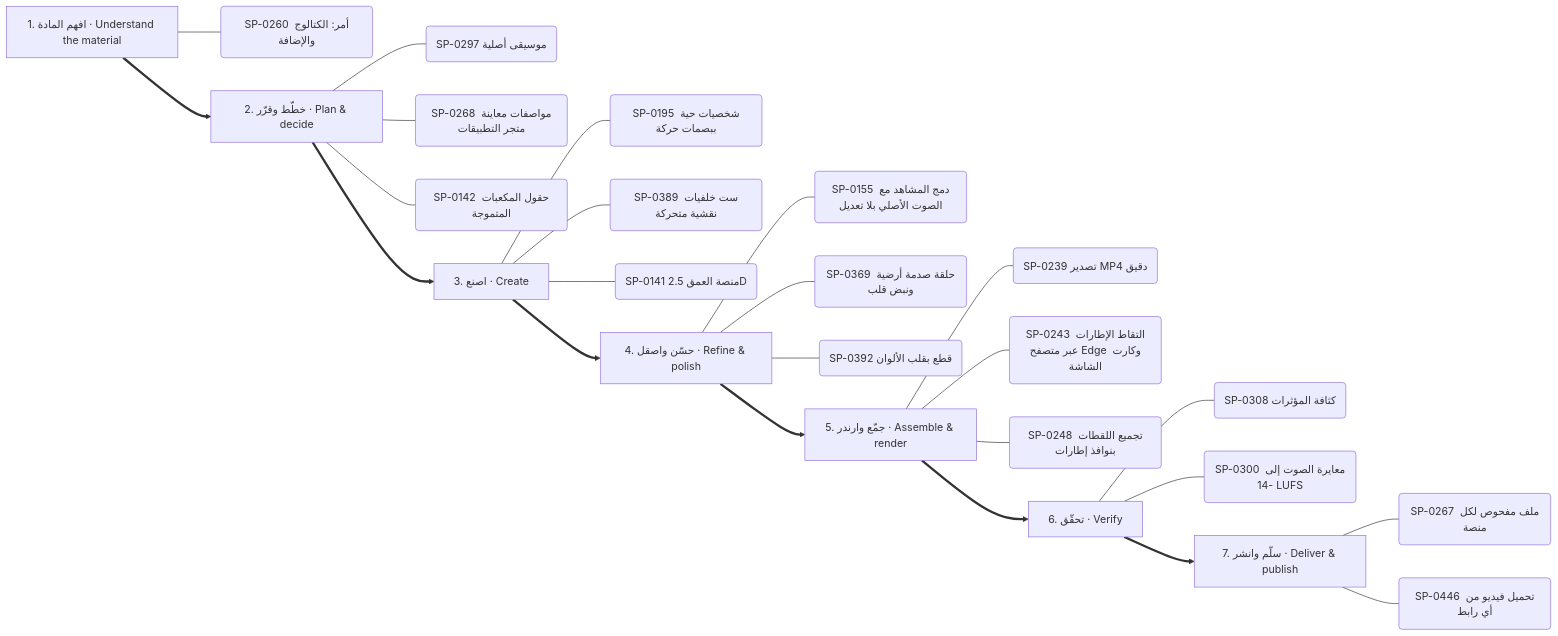
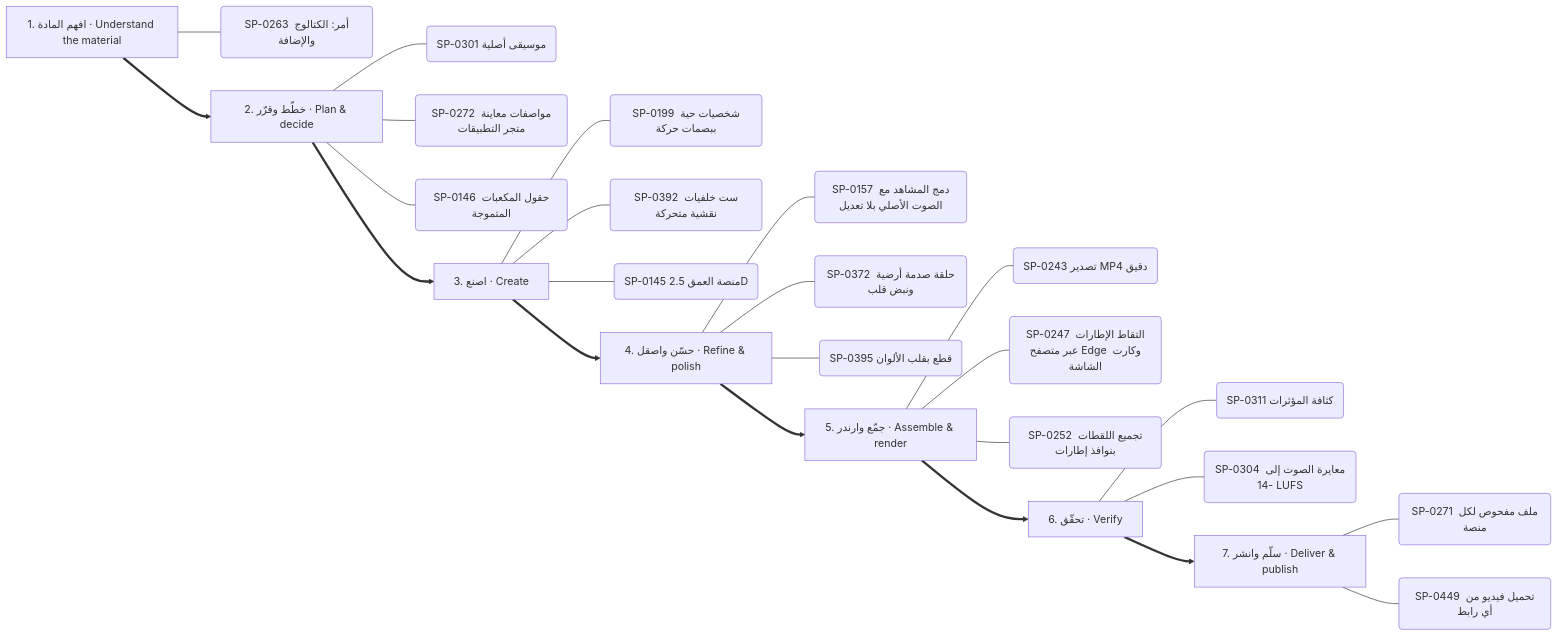
Before and after one commit to kosif199022-jpg/kosif-tool: the fourth of 13 diagrams in .claude/skills/kosif-superpowers/references/capability-mindmap.md, drawn with Mermaid. The commit also changed other lines of this file and 61 other files, not shown here.

````diff
--- a/.claude/skills/kosif-superpowers/references/capability-mindmap.md
+++ b/.claude/skills/kosif-superpowers/references/capability-mindmap.md
@@ -225,33 +226,33 @@
 ```mermaid
 flowchart LR
   S0["1. افهم المادة · Understand the material"]
-  S0 --- S0_0("SP-0260 أمر: الكتالوج والإضافة")
+  S0 --- S0_0("SP-0263 أمر: الكتالوج والإضافة")
   S1["2. خطّط وقرّر · Plan & decide"]
-  S1 --- S1_0("SP-0297 موسيقى أصلية")
-  S1 --- S1_1("SP-0268 مواصفات معاينة متجر التطبيقات")
-  S1 --- S1_2("SP-0142 حقول المكعبات المتموجة")
+  S1 --- S1_0("SP-0301 موسيقى أصلية")
+  S1 --- S1_1("SP-0272 مواصفات معاينة متجر التطبيقات")
+  S1 --- S1_2("SP-0146 حقول المكعبات المتموجة")
   S0 ==> S1
   S2["3. اصنع · Create"]
-  S2 --- S2_0("SP-0195 شخصيات حية ببصمات حركة")
-  S2 --- S2_1("SP-0389 ست خلفيات نقشية متحركة")
-  S2 --- S2_2("SP-0141 منصة العمق 2.5D")
+  S2 --- S2_0("SP-0199 شخصيات حية ببصمات حركة")
+  S2 --- S2_1("SP-0392 ست خلفيات نقشية متحركة")
+  S2 --- S2_2("SP-0145 منصة العمق 2.5D")
   S1 ==> S2
   S3["4. حسّن واصقل · Refine & polish"]
-  S3 --- S3_0("SP-0155 دمج المشاهد مع الصوت الأصلي بلا تعديل")
-  S3 --- S3_1("SP-0369 حلقة صدمة أرضية ونبض قلب")
-  S3 --- S3_2("SP-0392 قطع بقلب الألوان")
+  S3 --- S3_0("SP-0157 دمج المشاهد مع الصوت الأصلي بلا تعديل")
+  S3 --- S3_1("SP-0372 حلقة صدمة أرضية ونبض قلب")
+  S3 --- S3_2("SP-0395 قطع بقلب الألوان")
   S2 ==> S3
   S4["5. جمّع وارندر · Assemble & render"]
-  S4 --- S4_0("SP-0239 تصدير MP4 دقيق")
-  S4 --- S4_1("SP-0243 التقاط الإطارات عبر متصفح Edge وكارت الشاشة")
-  S4 --- S4_2("SP-0248 تجميع اللقطات بنوافذ إطارات")
+  S4 --- S4_0("SP-0243 تصدير MP4 دقيق")
+  S4 --- S4_1("SP-0247 التقاط الإطارات عبر متصفح Edge وكارت الشاشة")
+  S4 --- S4_2("SP-0252 تجميع اللقطات بنوافذ إطارات")
   S3 ==> S4
   S5["6. تحقّق · Verify"]
-  S5 --- S5_0("SP-0308 كثافة المؤثرات")
-  S5 --- S5_1("SP-0300 معايرة الصوت إلى -14 LUFS")
+  S5 --- S5_0("SP-0311 كثافة المؤثرات")
+  S5 --- S5_1("SP-0304 معايرة الصوت إلى -14 LUFS")
   S4 ==> S5
   S6["7. سلّم وانشر · Deliver & publish"]
-  S6 --- S6_0("SP-0267 ملف مفحوص لكل منصة")
-  S6 --- S6_1("SP-0446 تحميل فيديو من أي رابط")
+  S6 --- S6_0("SP-0271 ملف مفحوص لكل منصة")
+  S6 --- S6_1("SP-0449 تحميل فيديو من أي رابط")
   S5 ==> S6
 ```
````
